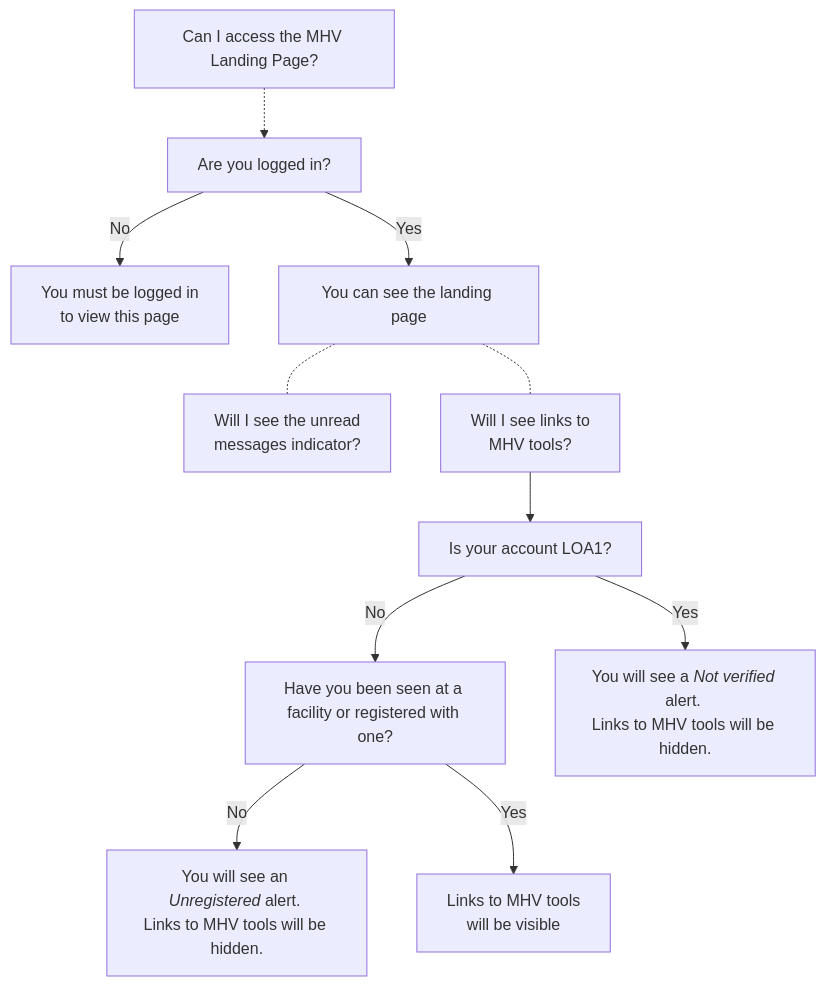
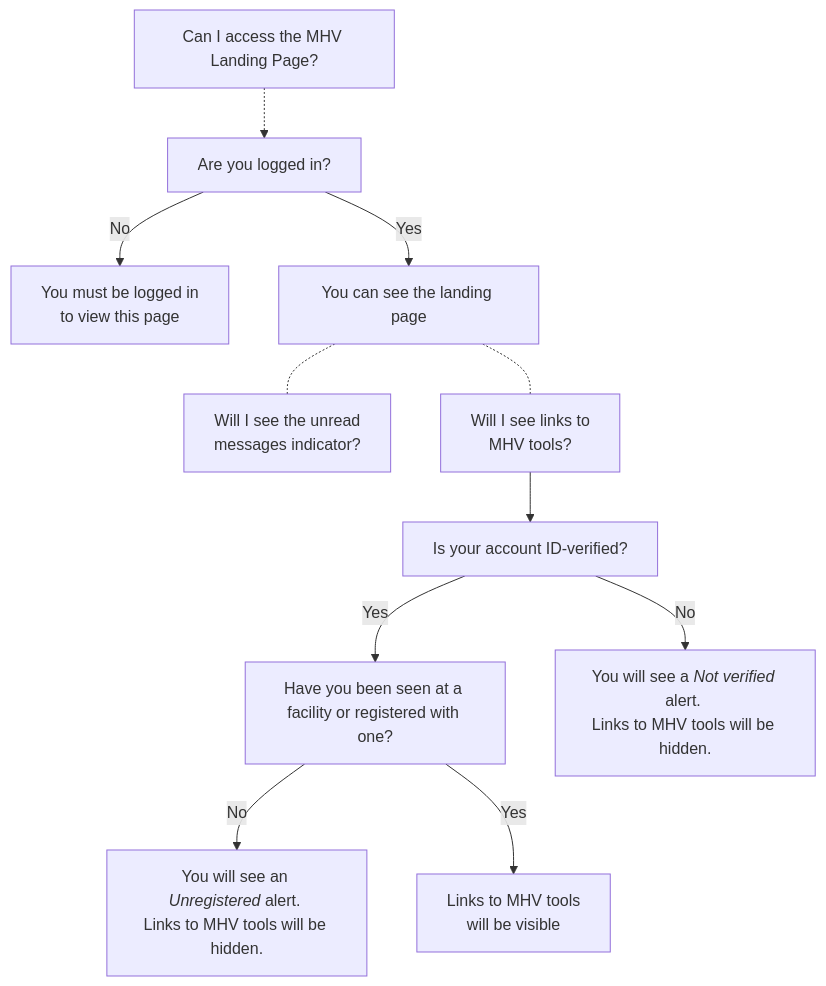
The first of 3 diagrams in products/health-care/digital-health-modernization/engineering/mhv-access-visibility-graphs.md (department-of-veterans-affairs/va.gov-team), drawn with Mermaid before and after one commit.

Commit message:
Update mhv-access-visibility-graphs.md
Change LOA1Q to IdVerifiedQ

````diff
--- a/products/health-care/digital-health-modernization/engineering/mhv-access-visibility-graphs.md
+++ b/products/health-care/digital-health-modernization/engineering/mhv-access-visibility-graphs.md
@@ -9,26 +9,26 @@
 ```mermaid
 graph TD
 
 MHVLanding.AccessQ[Can I access the MHV Landing Page?]
 MHVLanding.LoggedInQ[Are you logged in?]
 MHVLanding.AuthReq[You must be logged in <br>to view this page]
 MHVLanding.Viewable[You can see the landing page]
 MHVLanding.MessagesDotQ[Will I see the unread <br>messages indicator?]
 MHVLanding.ToolLinksQ[Will I see links to <br>MHV tools?]
 MHVLanding.FacilitiesQ[Have you been seen at a facility or registered with one?]
-MHVLanding.LOA1Q[Is your account LOA1?]
+MHVLanding.IdVerifiedQ[Is your account ID-verified?]
 MHVLanding.ShowUnverified[You will see a <i>Not verified</i> alert. <br>Links to MHV tools will be hidden.]
 MHVLanding.ShowUnregistered[You will see an <i>Unregistered</i> alert. <br>Links to MHV tools will be hidden.]
 MHVLanding.ToolLinksVisible[Links to MHV tools <br>will be visible]
 
 MHVLanding.AccessQ -.-> MHVLanding.LoggedInQ
 MHVLanding.LoggedInQ -->|No| MHVLanding.AuthReq
 MHVLanding.LoggedInQ -->|Yes| MHVLanding.Viewable
 MHVLanding.Viewable -.- MHVLanding.MessagesDotQ
 MHVLanding.Viewable -.- MHVLanding.ToolLinksQ
-MHVLanding.ToolLinksQ --> MHVLanding.LOA1Q
-MHVLanding.LOA1Q -->|Yes| MHVLanding.ShowUnverified
-MHVLanding.LOA1Q -->|No| MHVLanding.FacilitiesQ
+MHVLanding.ToolLinksQ --> MHVLanding.IdVerifiedQ
+MHVLanding.IdVerifiedQ -->|No| MHVLanding.ShowUnverified
+MHVLanding.IdVerifiedQ -->|Yes| MHVLanding.FacilitiesQ
 MHVLanding.FacilitiesQ -->|No| MHVLanding.ShowUnregistered
 MHVLanding.FacilitiesQ -->|Yes| MHVLanding.ToolLinksVisible
 ```
````
